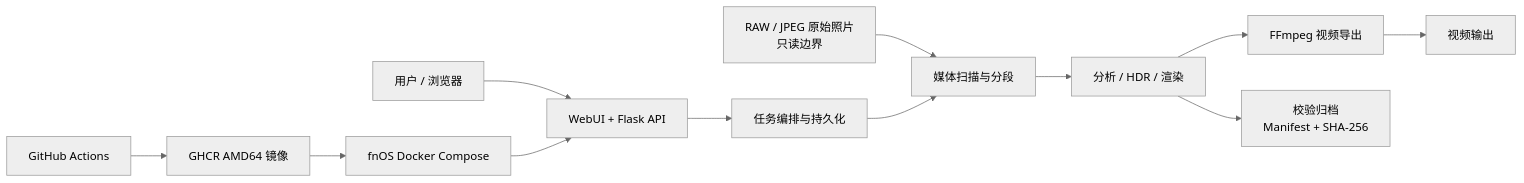
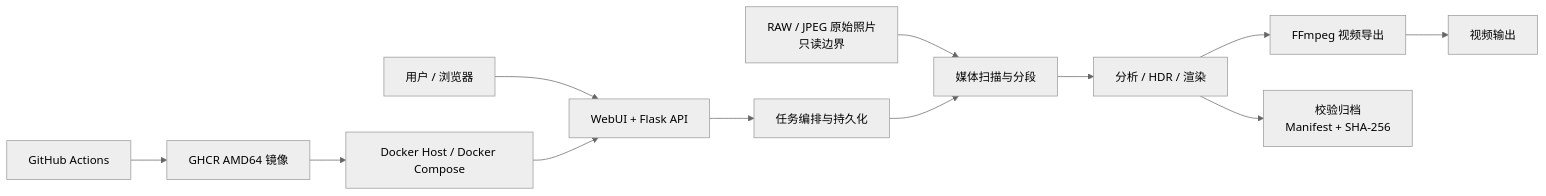
Before and after one commit to Solismuchengxue/Solis_Timelapse: the first of 2 diagrams in README.md, drawn with Mermaid (neutral theme). The commit also changed other lines of this file and 28 other files, not shown here.

Commit message:
复用 WebUI 增加静态演示并完善 Docker 文档

````diff
--- a/README.md
+++ b/README.md
@@ -46,14 +46,14 @@
 ```mermaid
 flowchart LR
     User["用户 / 浏览器"] --> WebUI["WebUI + Flask API"]
     Photos["RAW / JPEG 原始照片<br/>只读边界"] --> Catalog["媒体扫描与分段"]
     WebUI --> Tasks["任务编排与持久化"]
     Tasks --> Catalog
     Catalog --> Pipeline["分析 / HDR / 渲染"]
     Pipeline --> FFmpeg["FFmpeg 视频导出"]
     FFmpeg --> Output["视频输出"]
     Pipeline --> Archive["校验归档<br/>Manifest + SHA-256"]
     Actions["GitHub Actions"] --> GHCR["GHCR AMD64 镜像"]
-    GHCR --> FNOS["fnOS Docker Compose"]
-    FNOS --> WebUI
+    GHCR --> Docker["Docker Host / Docker Compose"]
+    Docker --> WebUI
 ```
````
